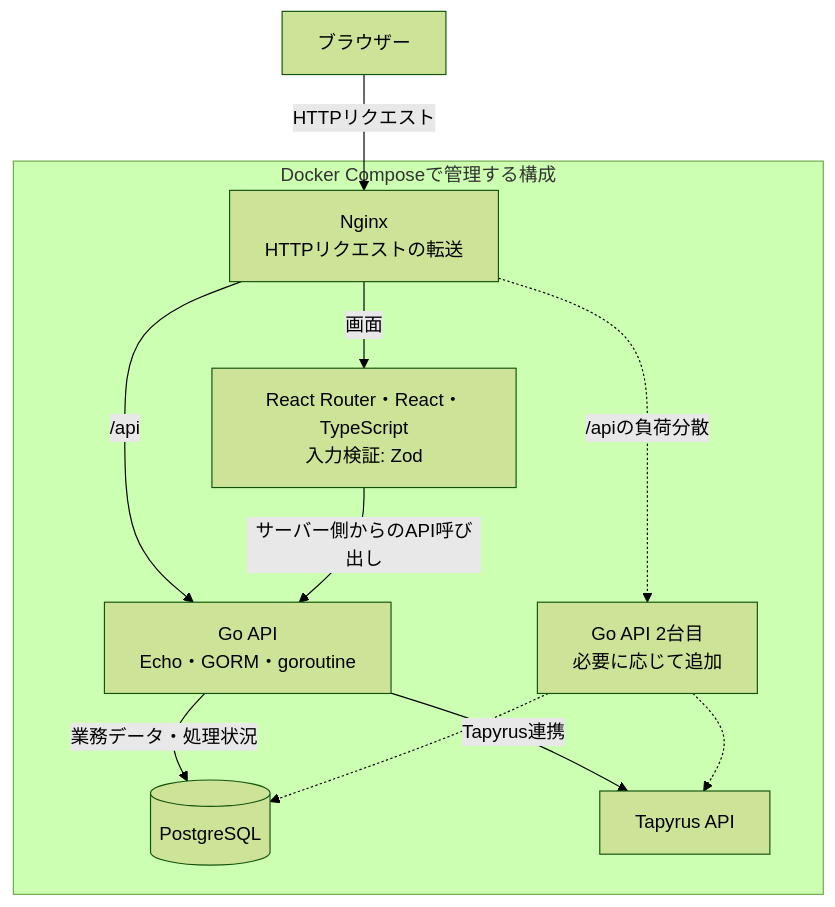
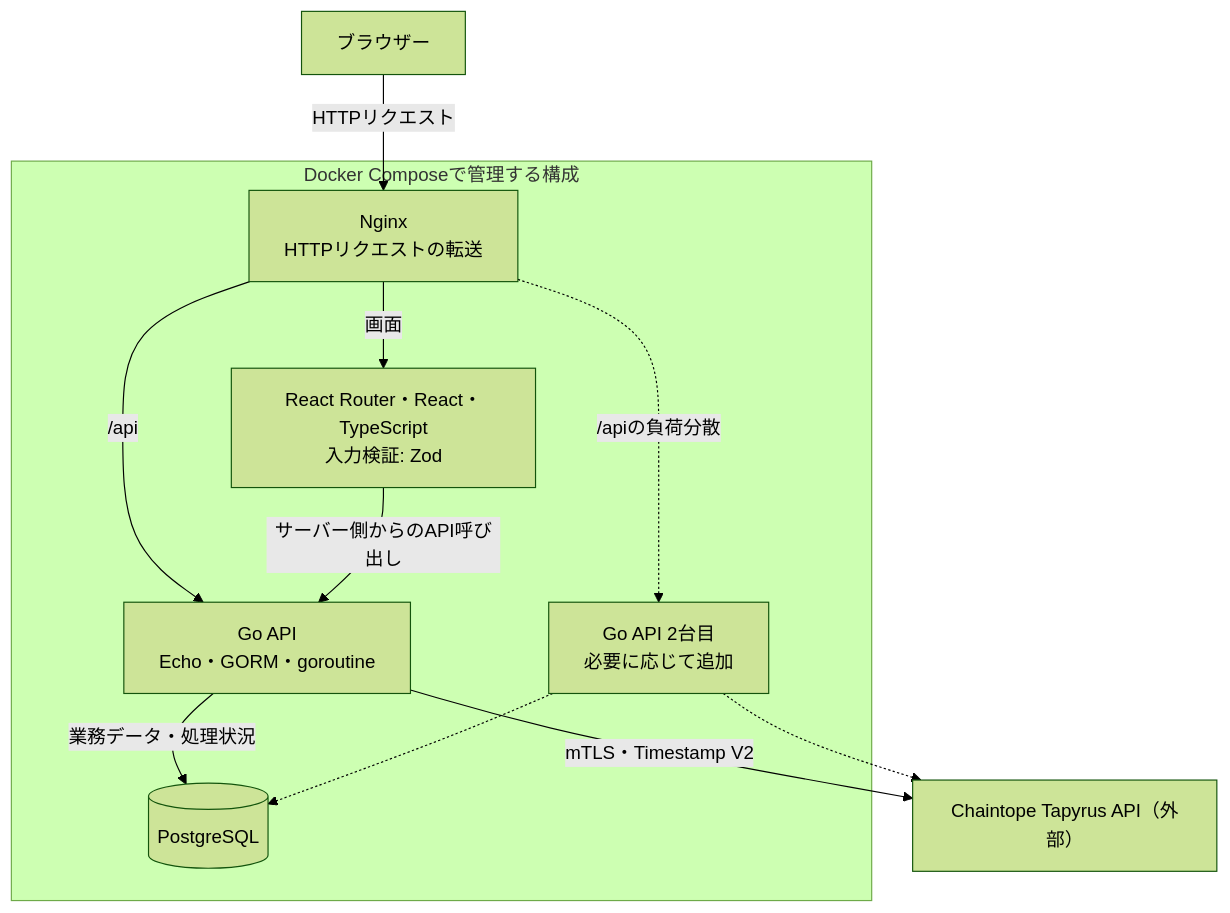
One commit to nao317/mobile_tracer changed the first of 2 diagrams in README.md. Above: the diagram before and after it, drawn with Mermaid (forest theme). The commit also changed other lines of this file and 120 other files, not shown here.

````diff
--- a/README.md
+++ b/README.md
@@ -142,22 +150,22 @@
 ```mermaid
 flowchart TB
     browser["ブラウザー"]
     subgraph compose["Docker Composeで管理する構成"]
         nginx["Nginx<br/>HTTPリクエストの転送"]
         frontend["React Router・React・TypeScript<br/>入力検証: Zod"]
         api1["Go API<br/>Echo・GORM・goroutine"]
         api2["Go API 2台目<br/>必要に応じて追加"]
         db[("PostgreSQL")]
-        tapyrus["Tapyrus API"]
 
         nginx -->|画面| frontend
         nginx -->|/api| api1
         nginx -.->|/apiの負荷分散| api2
         frontend -->|サーバー側からのAPI呼び出し| api1
         api1 -->|業務データ・処理状況| db
-        api1 -->|Tapyrus連携| tapyrus
         api2 -.-> db
-        api2 -.-> tapyrus
     end
+    tapyrus["Chaintope Tapyrus API（外部）"]
+    api1 -->|mTLS・Timestamp V2| tapyrus
+    api2 -.-> tapyrus
     browser -->|HTTPリクエスト| nginx
 ```
````
